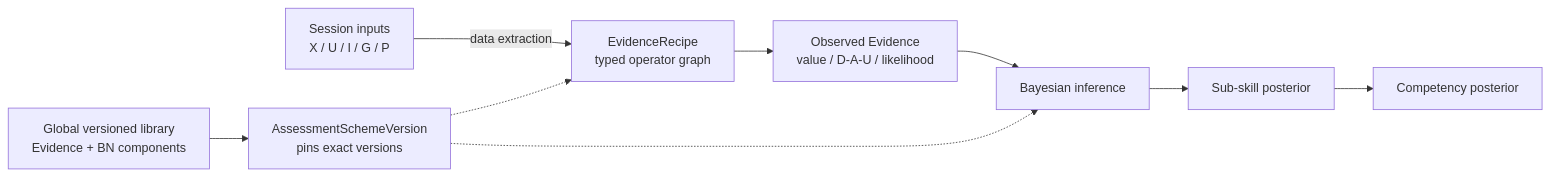
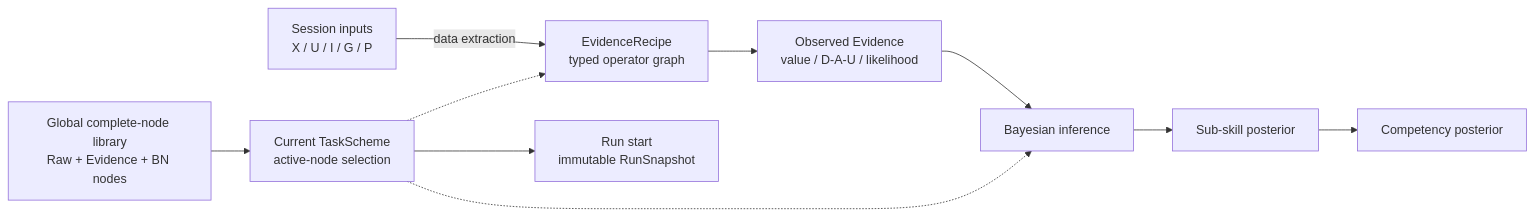
The diagram in README.md (Foreverlongdamai/pilot-assessment-AI-system), drawn with Mermaid before and after one commit. The commit also changed other lines of this file and 18 other files, not shown here.

Commit message:
docs: define M7 complete-node task activation design

````diff
--- a/README.md
+++ b/README.md
@@ -9,12 +9,13 @@
 ```mermaid
 flowchart LR
     A["Session inputs<br/>X / U / I / G / P"] -->|"data extraction"| B["EvidenceRecipe<br/>typed operator graph"]
     B --> C["Observed Evidence<br/>value / D-A-U / likelihood"]
     C --> D["Bayesian inference"]
     D --> E["Sub-skill posterior"]
     E --> F["Competency posterior"]
 
-    L["Global versioned library<br/>Evidence + BN components"] --> S["AssessmentSchemeVersion<br/>pins exact versions"]
+    L["Global complete-node library<br/>Raw + Evidence + BN nodes"] --> S["Current TaskScheme<br/>active-node selection"]
     S -.-> B
     S -.-> D
+    S --> R["Run start<br/>immutable RunSnapshot"]
 ```
````
